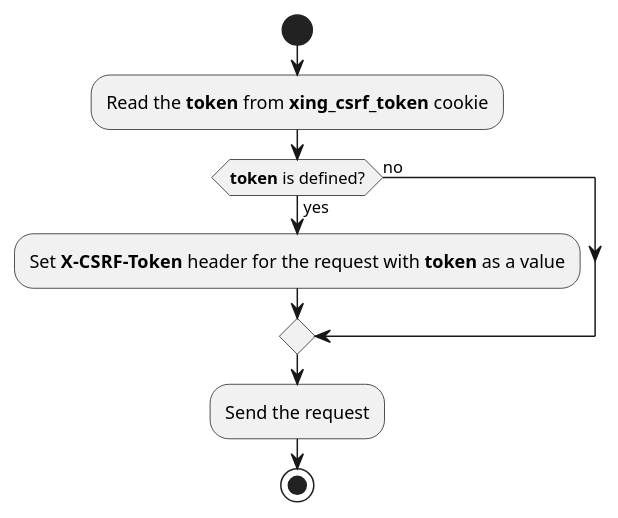
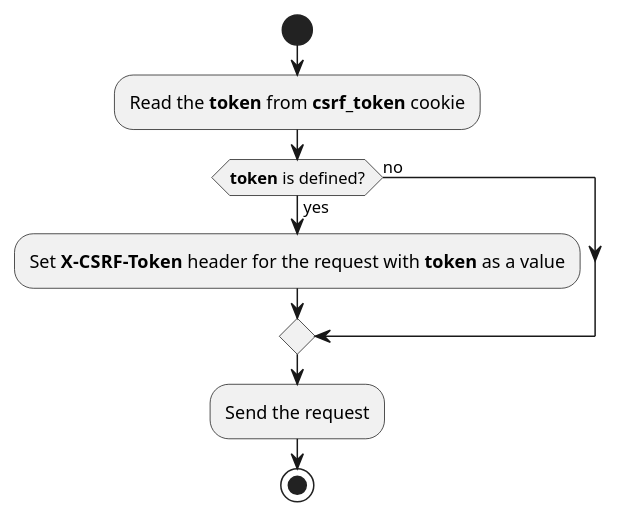
The diagram in diagrams/request-pre-filter.puml (xing/cross-application-csrf-prevention), drawn with PlantUML before and after one commit. The commit also changed 5 other files, not shown here.

```diff
--- a/diagrams/request-pre-filter.puml
+++ b/diagrams/request-pre-filter.puml
@@ -1,14 +1,14 @@
 @startuml
 start
 
-:Read the **token** from **xing_csrf_token** cookie;
+:Read the **token** from **csrf_token** cookie;
 
 if (**token** is defined?) then (yes)
     :Set **X-CSRF-Token** header for the request with **token** as a value;
 else (no)
 endif
 
 :Send the request;
 
 stop
 @enduml
```
